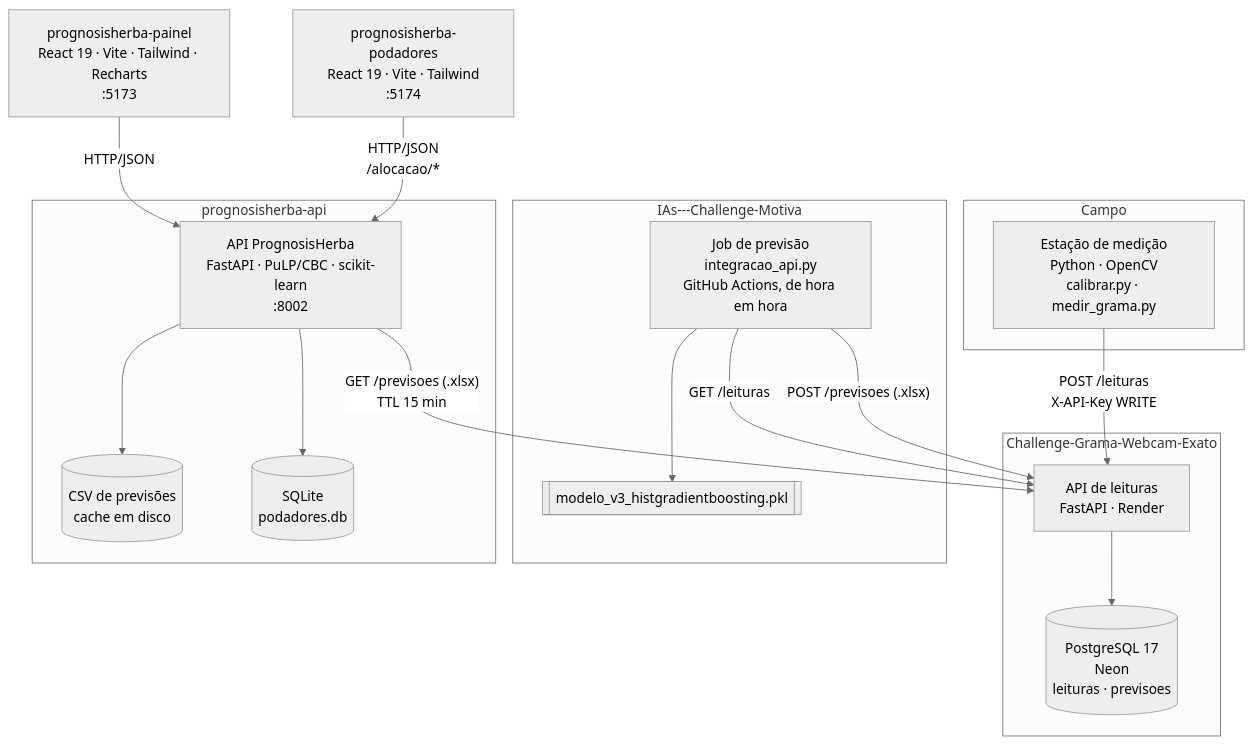
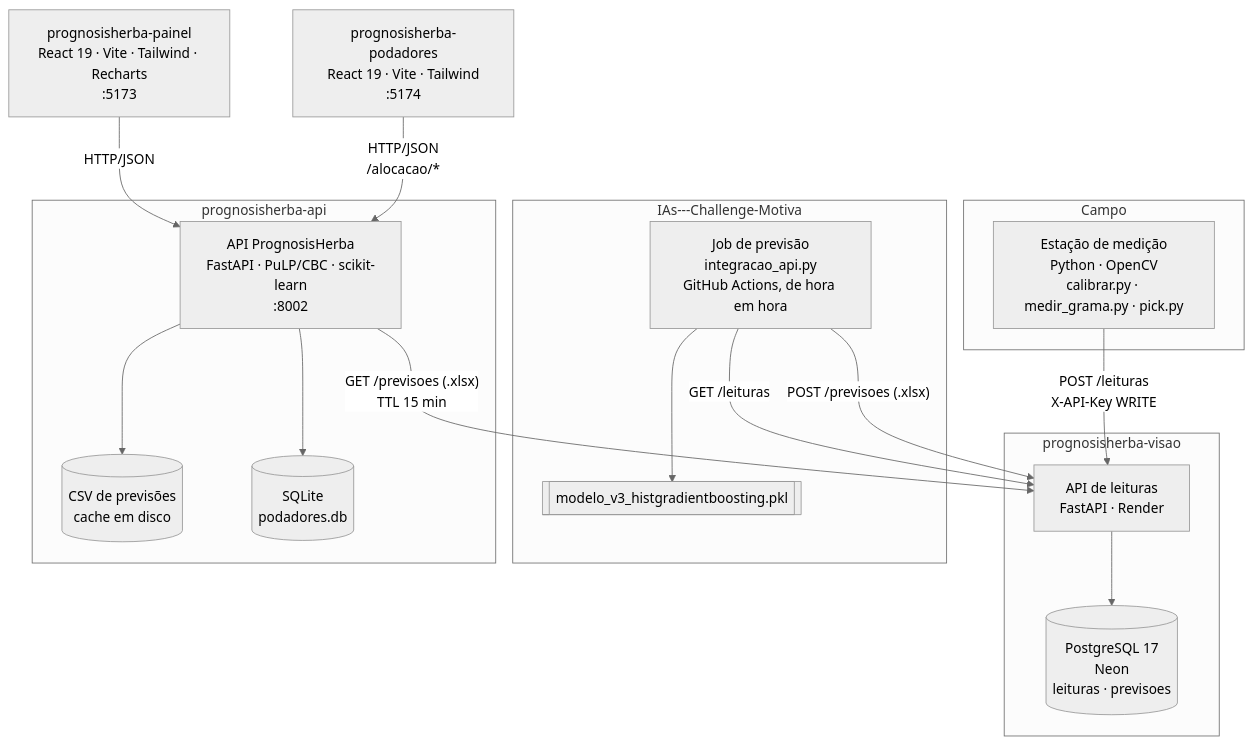
One commit to Zinorblatant-cpu/prognosisherba-docs changed the second of 7 diagrams in 02-arquitetura.md. Above: the diagram before and after it, drawn with Mermaid (neutral theme). The commit also changed other lines of this file and 4 other files, not shown here.

First line of the commit message:
docs: inclui o prognosisherba-visao (grade em cm e teorema de Pick)

````diff
--- a/02-arquitetura.md
+++ b/02-arquitetura.md
@@ -27,36 +27,36 @@
 ```mermaid
 flowchart TB
     subgraph campo["Campo"]
-        est["Estação de medição<br/>Python · OpenCV<br/>calibrar.py · medir_grama.py"]
+        est["Estação de medição<br/>Python · OpenCV<br/>calibrar.py · medir_grama.py · pick.py"]
     end
 
-    subgraph grama["Challenge-Grama-Webcam-Exato"]
+    subgraph grama["prognosisherba-visao"]
         apiL["API de leituras<br/>FastAPI · Render"]
         pg[("PostgreSQL 17<br/>Neon<br/>leituras · previsoes")]
     end
 
     subgraph ia["IAs---Challenge-Motiva"]
         job["Job de previsão<br/>integracao_api.py<br/>GitHub Actions, de hora em hora"]
         modelo[["modelo_v3_histgradientboosting.pkl"]]
     end
 
     subgraph ph["prognosisherba-api"]
         api["API PrognosisHerba<br/>FastAPI · PuLP/CBC · scikit-learn<br/>:8002"]
         csv[("CSV de previsões<br/>cache em disco")]
         db[("SQLite<br/>podadores.db")]
     end
 
     painel["prognosisherba-painel<br/>React 19 · Vite · Tailwind · Recharts<br/>:5173"]
     pod["prognosisherba-podadores<br/>React 19 · Vite · Tailwind<br/>:5174"]
 
     est -->|"POST /leituras<br/>X-API-Key WRITE"| apiL
     apiL --> pg
     job -->|"GET /leituras"| apiL
     job --> modelo
     job -->|"POST /previsoes (.xlsx)"| apiL
     api -->|"GET /previsoes (.xlsx)<br/>TTL 15 min"| apiL
     api --> csv
     api --> db
     painel -->|"HTTP/JSON"| api
     pod -->|"HTTP/JSON<br/>/alocacao/*"| api
 ```
````
